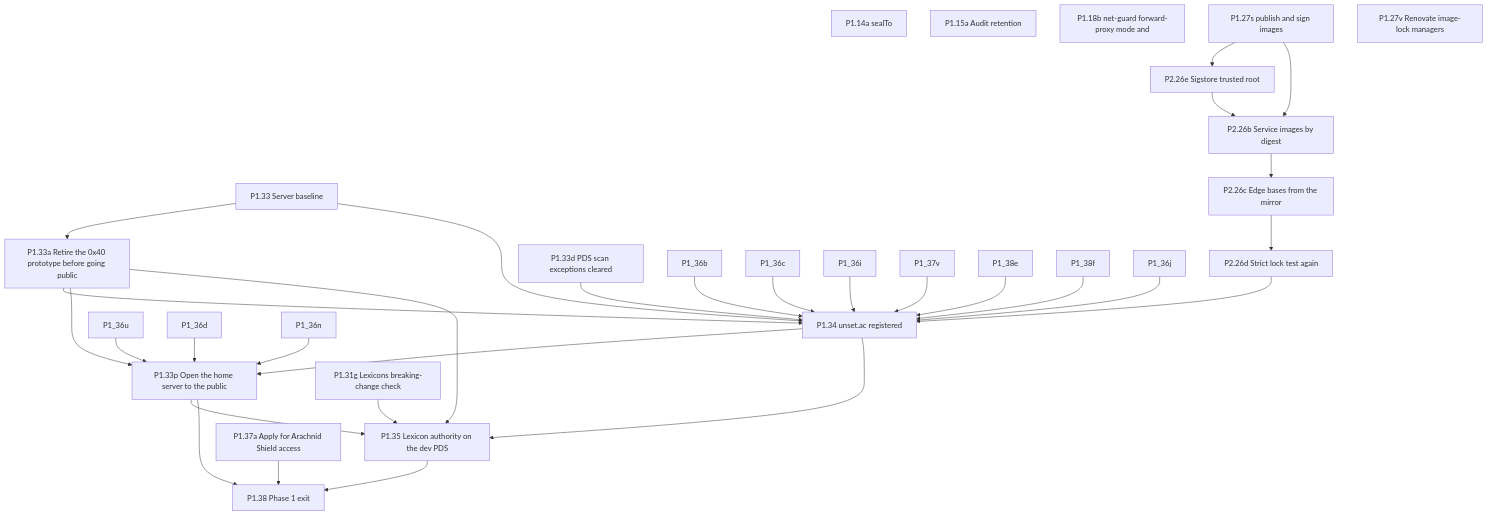
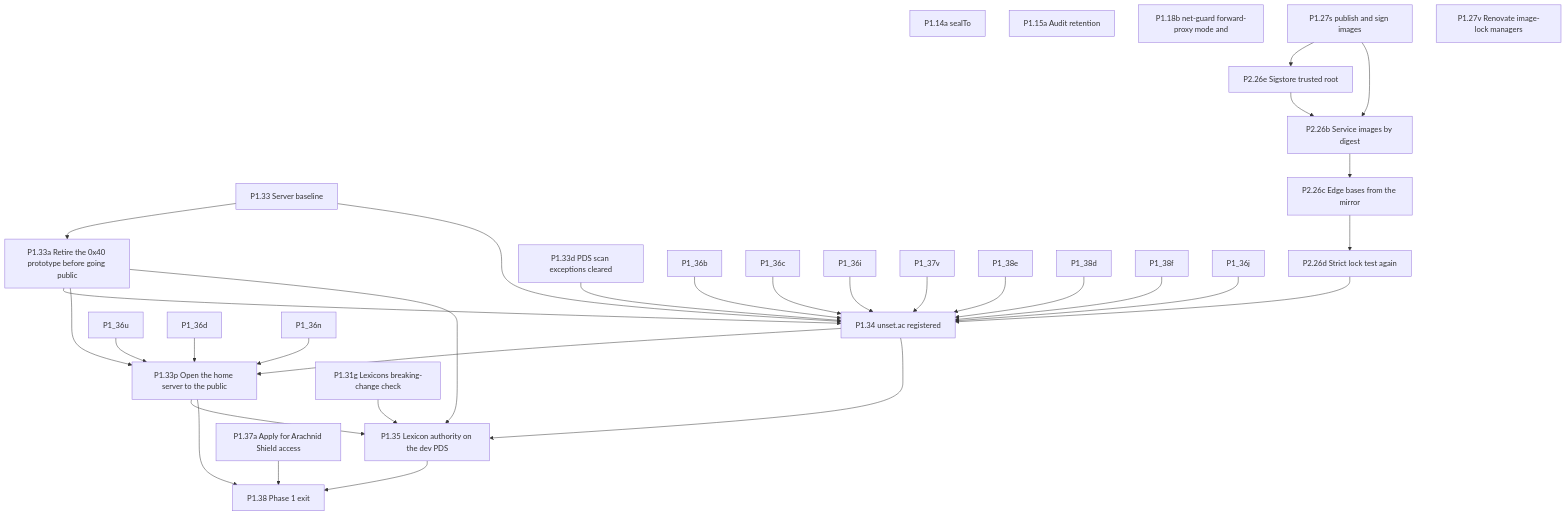
One commit to Undefined6799/unset changed the fourth of 11 diagrams in docs/ai/book/01-outline.md. Above: the diagram before and after it, drawn with Mermaid. The commit also changed other lines of this file and 1 other file, not shown here.

````diff
--- a/docs/ai/book/01-outline.md
+++ b/docs/ai/book/01-outline.md
@@ -1470,50 +1471,51 @@
 ```mermaid
 flowchart TD
   P1_14a["P1.14a sealTo"]
   P1_15a["P1.15a Audit retention"]
   P1_18b["P1.18b net-guard forward-proxy mode and"]
   P1_33["P1.33 Server baseline"]
   P1_33a["P1.33a Retire the 0x40 prototype before going public"]
   P1_33p["P1.33p Open the home server to the public"]
   P2_26e["P2.26e Sigstore trusted root"]
   P2_26b["P2.26b Service images by digest"]
   P2_26c["P2.26c Edge bases from the mirror"]
   P2_26d["P2.26d Strict lock test again"]
   P1_33d["P1.33d PDS scan exceptions cleared"]
   P1_34["P1.34 unset.ac registered"]
   P1_35["P1.35 Lexicon authority on the dev PDS"]
   P1_31g["P1.31g Lexicons breaking-change check"]
   P1_27s["P1.27s publish and sign images"]
   P1_27v["P1.27v Renovate image-lock managers"]
   P1_37a["P1.37a Apply for Arachnid Shield access"]
   P1_38["P1.38 Phase 1 exit"]
   P1_33 --> P1_33a
   P1_33 --> P1_34
   P1_36b --> P1_34
   P1_36c --> P1_34
   P1_36i --> P1_34
   P1_37v --> P1_34
   P1_38e --> P1_34
+  P1_38d --> P1_34
   P1_38f --> P1_34
   P1_36j --> P1_34
   P1_33a --> P1_34
   P1_33d --> P1_34
   P1_27s --> P2_26e
   P2_26e --> P2_26b
   P1_27s --> P2_26b
   P2_26b --> P2_26c
   P2_26c --> P2_26d
   P2_26d --> P1_34
   P1_34 --> P1_33p
   P1_33a --> P1_33p
   P1_36u --> P1_33p
   P1_36d --> P1_33p
   P1_36n --> P1_33p
   P1_33p --> P1_35
   P1_33a --> P1_35
   P1_33p --> P1_38
   P1_31g --> P1_35
   P1_34 --> P1_35
   P1_35 --> P1_38
   P1_37a --> P1_38
 ```
````
